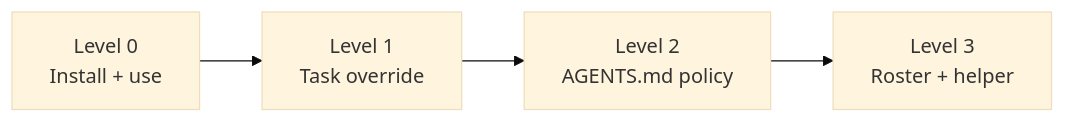
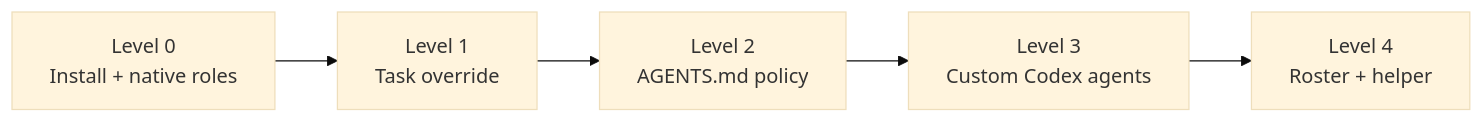
One commit to Strataward/durable-threads changed the first of 2 diagrams in docs/CUSTOMIZATION.md. Above: the diagram before and after it, drawn with Mermaid (base theme). The commit also changed other lines of this file, not shown here.

Commit message:
Add native Codex customization levels

````diff
--- a/docs/CUSTOMIZATION.md
+++ b/docs/CUSTOMIZATION.md
@@ -5,4 +5,4 @@
 ```mermaid
 flowchart LR
-    L0["Level 0<br/>Install + use"] --> L1["Level 1<br/>Task override"] --> L2["Level 2<br/>AGENTS.md policy"] --> L3["Level 3<br/>Roster + helper"]
+    L0["Level 0<br/>Install + native roles"] --> L1["Level 1<br/>Task override"] --> L2["Level 2<br/>AGENTS.md policy"] --> L3["Level 3<br/>Custom Codex agents"] --> L4["Level 4<br/>Roster + helper"]
 ```
````
